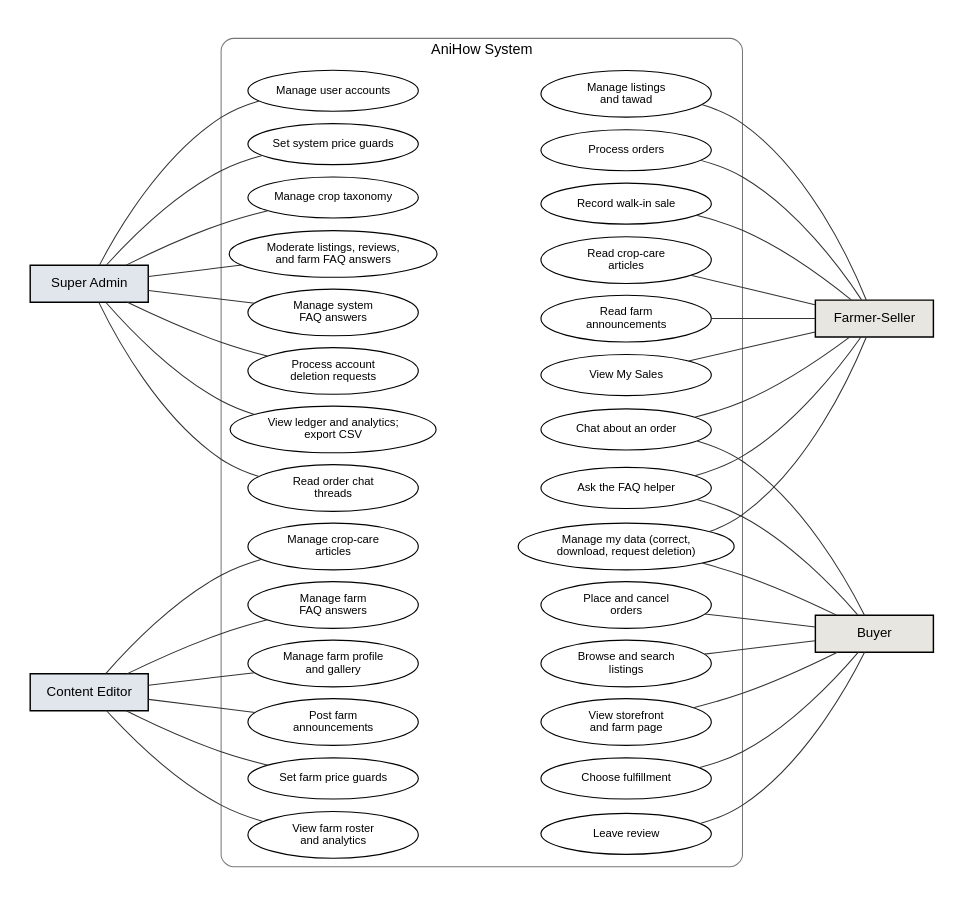
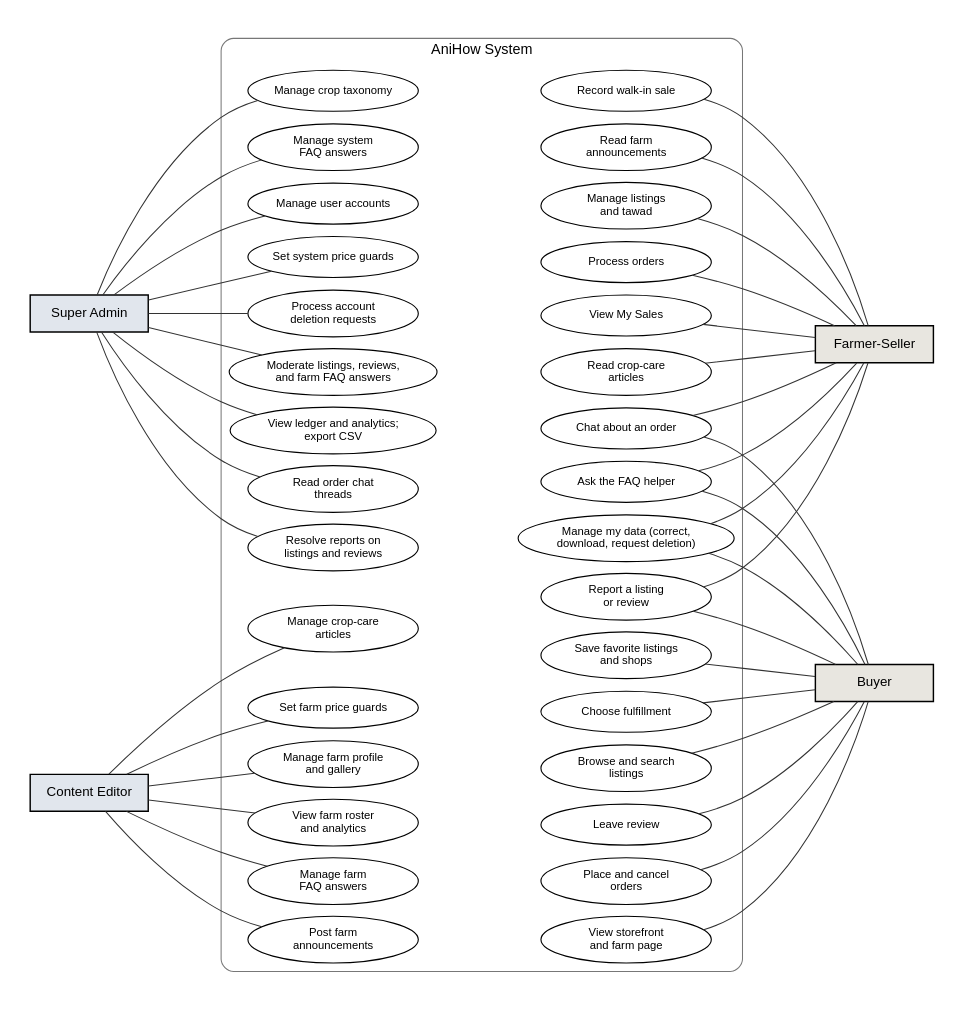
Before and after one commit to shawncastaneda11-commits/anihow-backend: the diagram in docs/manuscript/figures/src/fig5_use_case.dot, drawn with Graphviz. The commit also changed 17 other files, not shown here.

First line of the commit message:
docs: add content reports to the DFDs, use case and context diagrams

```diff
--- a/docs/manuscript/figures/src/fig5_use_case.dot
+++ b/docs/manuscript/figures/src/fig5_use_case.dot
@@ -1,71 +1,74 @@
-// Figure 5. Use case diagram of AniHow (v3.5).
+// Figure 5. Use case diagram of AniHow (v3.5, with content reports).
 digraph G {
   graph [rankdir=LR, nodesep=0.16, ranksep=1.1, pad=0.3, fontname="Liberation Sans", newrank=true];
   node  [fontname="Liberation Sans", fontsize=11];
   edge  [arrowhead=none, penwidth=1.0, color="#333333"];
 
   node [shape=box, style="filled", penwidth=1.4, fontsize=13, width=1.6];
   sa [label="Super Admin",    fillcolor="#E1E6ED"];
   ce [label="Content Editor", fillcolor="#E1E6ED"];
   fs [label="Farmer-Seller",  fillcolor="#E8E6E0"];
   by [label="Buyer",          fillcolor="#E8E6E0"];
 
   subgraph cluster_sys {
     label="AniHow System"; style="rounded"; color="#777777"; fontsize=14;
     node [shape=ellipse, style="solid", penwidth=1.1, width=2.3, height=0.55, fontsize=11];
 
     // Super Admin (CMS)
     sa1 [label="Manage user accounts"];
     sa2 [label="Set system price guards"];
     sa3 [label="Manage crop taxonomy"];
     sa4 [label="Moderate listings, reviews,\nand farm FAQ answers"];
     sa5 [label="Manage system\nFAQ answers"];
     sa6 [label="Process account\ndeletion requests"];
     sa7 [label="View ledger and analytics;\nexport CSV"];
     sa8 [label="Read order chat\nthreads"];
+    sa9 [label="Resolve reports on\nlistings and reviews"];
 
     // Content Editor (CMS, own farm)
     ce1 [label="Manage crop-care\narticles"];
     ce2 [label="Manage farm profile\nand gallery"];
     ce3 [label="Post farm\nannouncements"];
     ce4 [label="Manage farm\nFAQ answers"];
     ce5 [label="Set farm price guards"];
     ce6 [label="View farm roster\nand analytics"];
 
     // Farmer-Seller (app)
     fs1 [label="Manage listings\nand tawad"];
     fs2 [label="Process orders"];
     fs3 [label="Record walk-in sale"];
     fs4 [label="Read crop-care\narticles"];
     fs5 [label="Read farm\nannouncements"];
     fs6 [label="View My Sales"];
 
     // Shared by both app users
     sh1 [label="Chat about an order"];
     sh2 [label="Ask the FAQ helper"];
     sh3 [label="Manage my data (correct,\ndownload, request deletion)"];
+    sh4 [label="Report a listing\nor review"];
 
     // Buyer (app)
     by1 [label="Browse and search\nlistings"];
     by2 [label="View storefront\nand farm page"];
     by3 [label="Place and cancel\norders"];
     by4 [label="Choose fulfillment"];
     by5 [label="Leave review"];
+    by6 [label="Save favorite listings\nand shops"];
   }
 
-  sa -> {sa1 sa2 sa3 sa4 sa5 sa6 sa7 sa8};
+  sa -> {sa1 sa2 sa3 sa4 sa5 sa6 sa7 sa8 sa9};
   ce -> {ce1 ce2 ce3 ce4 ce5 ce6};
-  {fs1 fs2 fs3 fs4 fs5 fs6 sh1 sh2 sh3} -> fs;
-  {sh1 sh2 sh3 by1 by2 by3 by4 by5} -> by;
+  {fs1 fs2 fs3 fs4 fs5 fs6 sh1 sh2 sh3 sh4} -> fs;
+  {sh1 sh2 sh3 sh4 by1 by2 by3 by4 by5 by6} -> by;
 
   // two columns: CMS use cases (left) and app use cases (right)
   {rank=same; sa ce}
-  {rank=same; sa1 sa2 sa3 sa4 sa5 sa6 sa7 sa8 ce1 ce2 ce3 ce4 ce5 ce6}
-  {rank=same; fs1 fs2 fs3 fs4 fs5 fs6 sh1 sh2 sh3 by1 by2 by3 by4 by5}
+  {rank=same; sa1 sa2 sa3 sa4 sa5 sa6 sa7 sa8 sa9 ce1 ce2 ce3 ce4 ce5 ce6}
+  {rank=same; fs1 fs2 fs3 fs4 fs5 fs6 sh1 sh2 sh3 sh4 by1 by2 by3 by4 by5 by6}
   {rank=same; fs by}
   edge [style=invis];
   sa1 -> fs1; sa2 -> fs2; sa3 -> fs3; sa4 -> fs4; sa5 -> fs5; sa6 -> fs6; sa7 -> sh1;
-  sa8 -> sh2; ce1 -> sh3; ce2 -> by1; ce3 -> by2; ce4 -> by3; ce5 -> by4; ce6 -> by5;
-  sa1 -> sa2 -> sa3 -> sa4 -> sa5 -> sa6 -> sa7 -> sa8 -> ce1 -> ce2 -> ce3 -> ce4 -> ce5 -> ce6 [constraint=false];
-  fs1 -> fs2 -> fs3 -> fs4 -> fs5 -> fs6 -> sh1 -> sh2 -> sh3 -> by1 -> by2 -> by3 -> by4 -> by5 [constraint=false];
+  sa8 -> sh2; sa9 -> sh3; ce1 -> sh4; ce2 -> by1; ce3 -> by2; ce4 -> by3; ce5 -> by4; ce6 -> by5;
+  sa1 -> sa2 -> sa3 -> sa4 -> sa5 -> sa6 -> sa7 -> sa8 -> sa9 -> ce1 -> ce2 -> ce3 -> ce4 -> ce5 -> ce6 [constraint=false];
+  fs1 -> fs2 -> fs3 -> fs4 -> fs5 -> fs6 -> sh1 -> sh2 -> sh3 -> sh4 -> by1 -> by2 -> by3 -> by4 -> by5 -> by6 [constraint=false];
 }
```
